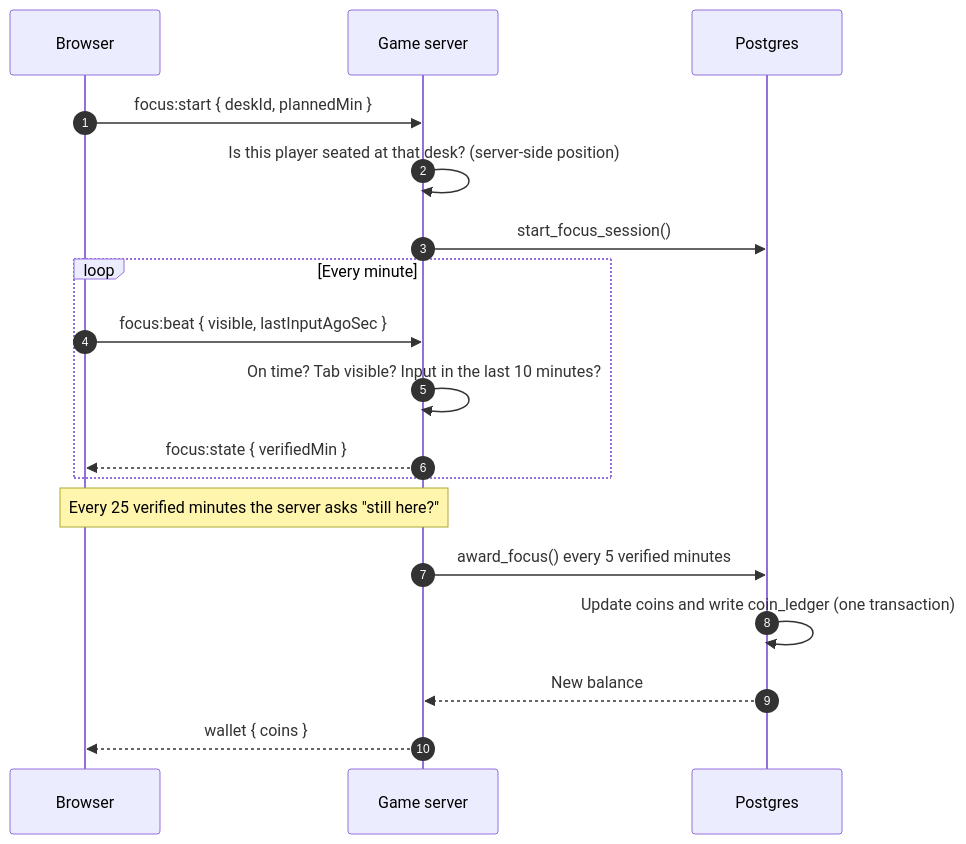
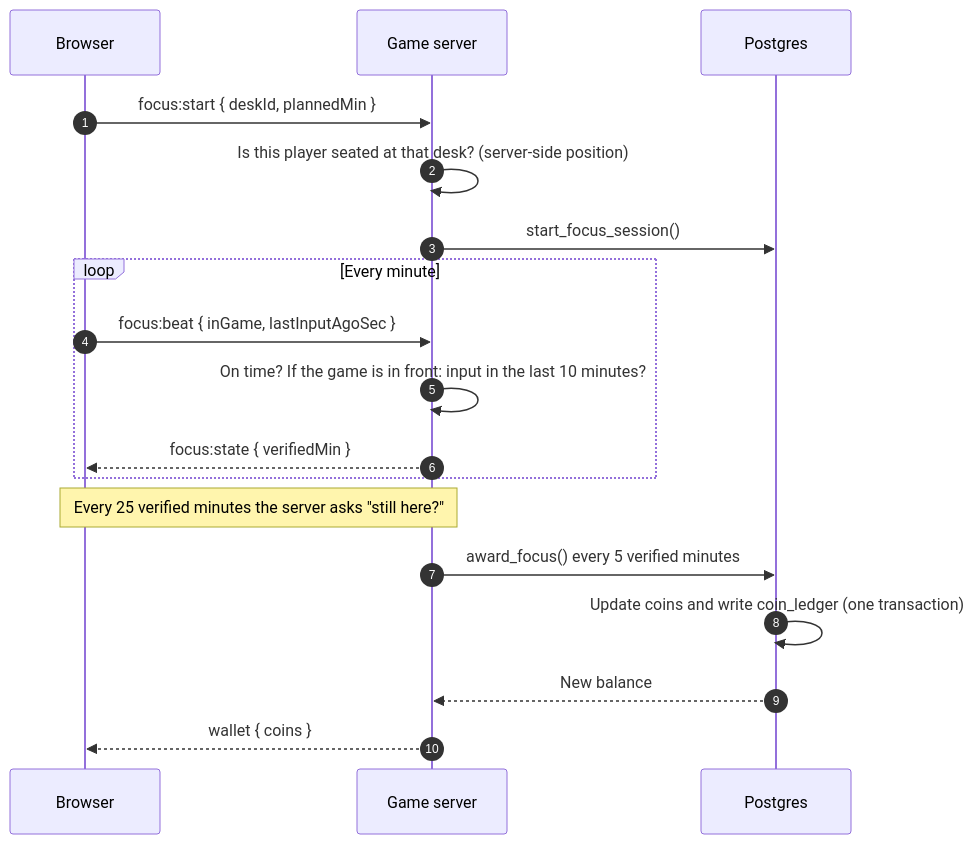
One commit to AnasSAV/Hearthwork changed the first of 3 diagrams in README.md. Above: the diagram before and after it, drawn with Mermaid. The commit also changed other lines of this file and 6 other files, not shown here.

````diff
--- a/README.md
+++ b/README.md
@@ -110,20 +136,20 @@
 ```mermaid
 sequenceDiagram
     autonumber
     participant C as Browser
     participant S as Game server
     participant DB as Postgres
     C->>S: focus:start { deskId, plannedMin }
     S->>S: Is this player seated at that desk? (server-side position)
     S->>DB: start_focus_session()
     loop Every minute
-        C->>S: focus:beat { visible, lastInputAgoSec }
-        S->>S: On time? Tab visible? Input in the last 10 minutes?
+        C->>S: focus:beat { inGame, lastInputAgoSec }
+        S->>S: On time? If the game is in front: input in the last 10 minutes?
         S-->>C: focus:state { verifiedMin }
     end
     Note over C,S: Every 25 verified minutes the server asks "still here?"
     S->>DB: award_focus() every 5 verified minutes
     DB->>DB: Update coins and write coin_ledger (one transaction)
     DB-->>S: New balance
     S-->>C: wallet { coins }
 ```
````
